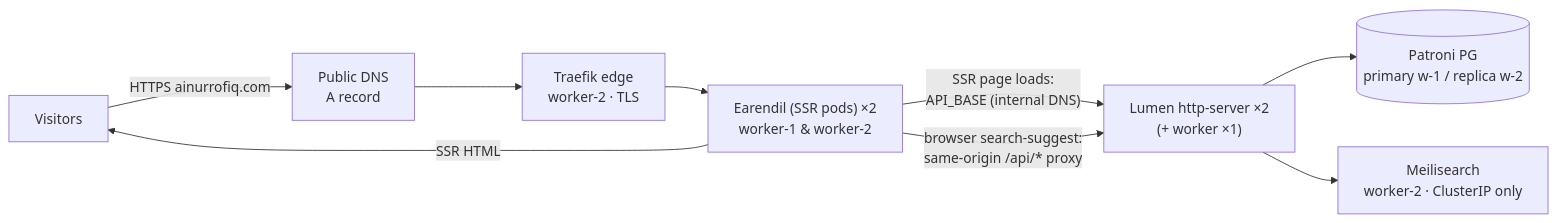
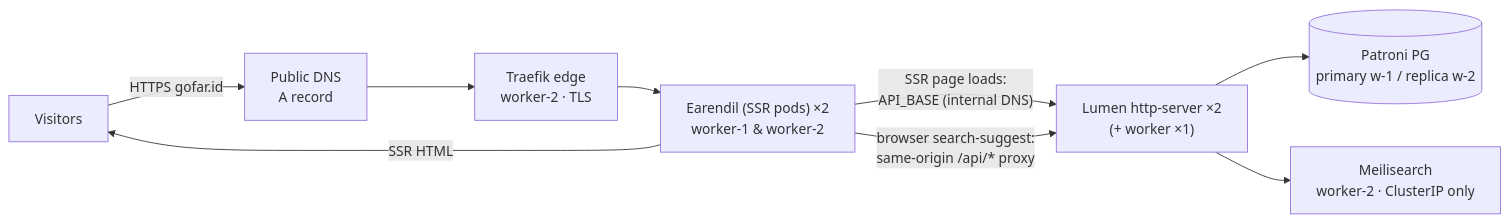
Before and after one commit to kanatabi/omicron: the first of 2 diagrams in INFRA_ARCHITECTURE.md, drawn with Mermaid. The commit also changed other lines of this file and 2 other files, not shown here.

````diff
--- a/INFRA_ARCHITECTURE.md
+++ b/INFRA_ARCHITECTURE.md
@@ -66,11 +66,11 @@
 ```mermaid
 flowchart LR
-  V["Visitors"] -->|"HTTPS ainurrofiq.com"| DNS["Public DNS<br/>A record"]
+  V["Visitors"] -->|"HTTPS gofar.id"| DNS["Public DNS<br/>A record"]
   DNS --> TF["Traefik edge<br/>worker-2 · TLS"]
   TF --> FE["Earendil (SSR pods) ×2<br/>worker-1 & worker-2"]
   FE -->|"SSR page loads:<br/>API_BASE (internal DNS)"| API["Lumen http-server ×2<br/>(+ worker ×1)"]
   FE -->|"browser search-suggest:<br/>same-origin /api/* proxy"| API
   API --> PG[("Patroni PG<br/>primary w-1 / replica w-2")]
   API --> MEIL["Meilisearch<br/>worker-2 · ClusterIP only"]
   FE -->|"SSR HTML"| V
 ```
````
